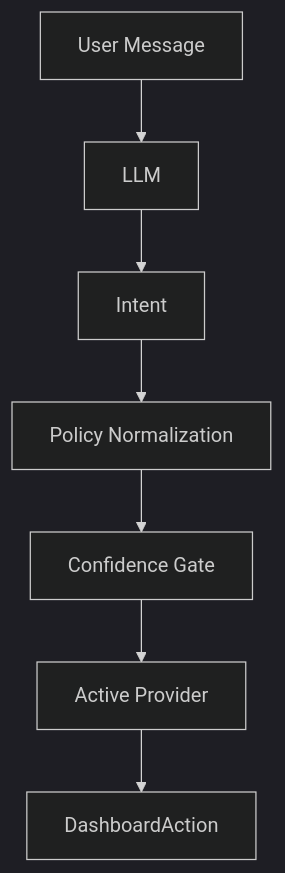
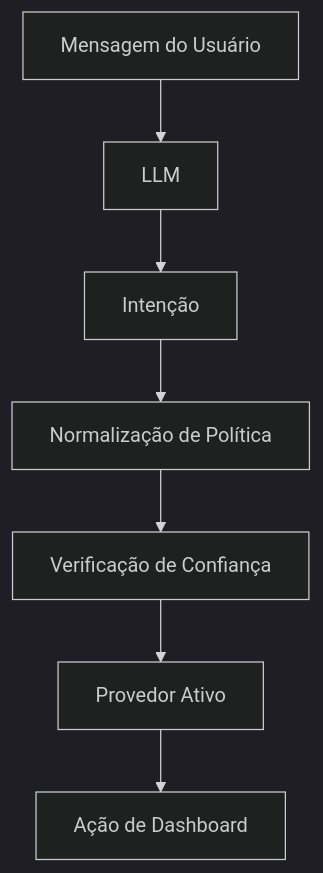
One commit to fernandesyuri33/chat-observatorio-turismo changed the fourth of 8 diagrams in docs/arquitetura.md. Above: the diagram before and after it, drawn with Mermaid (dark theme). The commit also changed other lines of this file and 1 other file, not shown here.

````diff
--- a/docs/arquitetura.md
+++ b/docs/arquitetura.md
@@ -105,12 +105,12 @@
 ```mermaid
 flowchart TD
 
-A[User Message]
-   --> B[LLM]
-   --> C[Intent]
+A[Mensagem do Usuário]
+  --> B[LLM]
+  --> C[Intenção]
 
-C --> D[Policy Normalization]
-D --> E[Confidence Gate]
-E --> F[Active Provider]
-F --> G[DashboardAction]
+C --> D[Normalização de Política]
+D --> E[Verificação de Confiança]
+E --> F[Provedor Ativo]
+F --> G[Ação de Dashboard]
 ```
````
